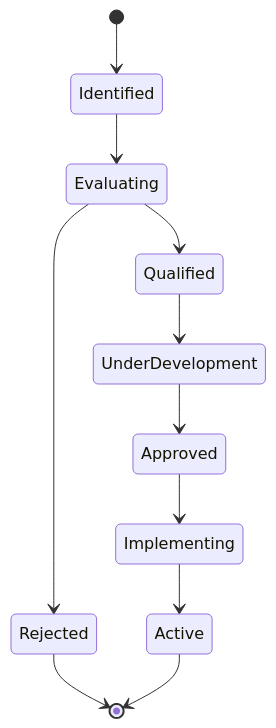
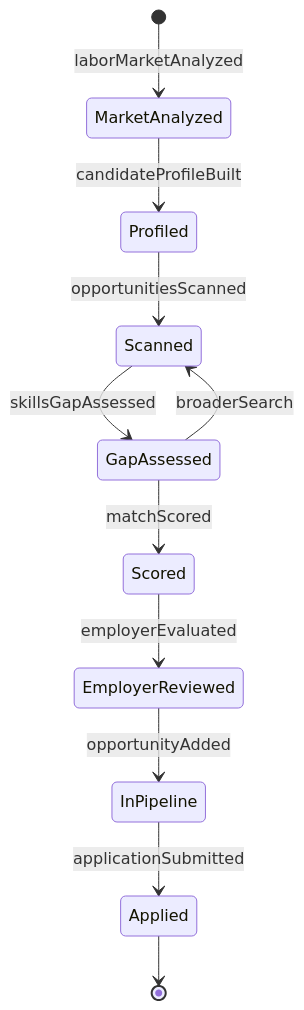
One commit to dot-org-ai/tasks.org.ai changed the second of 4 diagrams in IdentifyingObjectsActionsAndEvents/IdentifyBusinessOrOrganizationalOpportunities/IdentifyJobEmploymentOpportunities.mdx. Above: the diagram before and after it, drawn with Mermaid. The commit also changed other lines of this file and 515 other files, not shown here.

````diff
--- a/IdentifyingObjectsActionsAndEvents/IdentifyBusinessOrOrganizationalOpportunities/IdentifyJobEmploymentOpportunities.mdx
+++ b/IdentifyingObjectsActionsAndEvents/IdentifyBusinessOrOrganizationalOpportunities/IdentifyJobEmploymentOpportunities.mdx
@@ -104,13 +105,13 @@
 ```mermaid
 stateDiagram-v2
-    [*] --> Identified
-    Identified --> Evaluating
-    Evaluating --> Qualified
-    Qualified --> UnderDevelopment
-    UnderDevelopment --> Approved
-    Evaluating --> Rejected
-    Rejected --> [*]
-    Approved --> Implementing
-    Implementing --> Active
-    Active --> [*]
+    [*] --> MarketAnalyzed : laborMarketAnalyzed
+    MarketAnalyzed --> Profiled : candidateProfileBuilt
+    Profiled --> Scanned : opportunitiesScanned
+    Scanned --> GapAssessed : skillsGapAssessed
+    GapAssessed --> Scored : matchScored
+    Scored --> EmployerReviewed : employerEvaluated
+    EmployerReviewed --> InPipeline : opportunityAdded
+    InPipeline --> Applied : applicationSubmitted
+    GapAssessed --> Scanned : broaderSearch
+    Applied --> [*]
 ```
````
